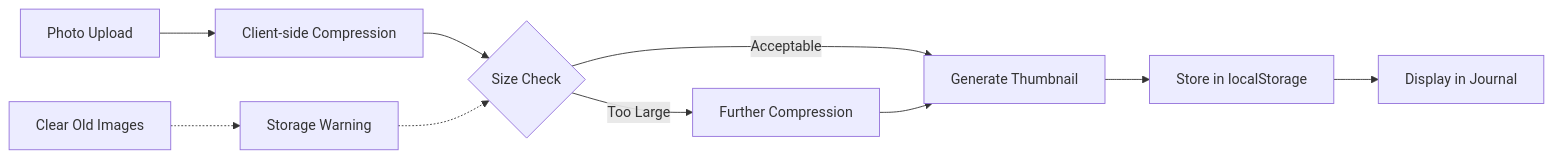
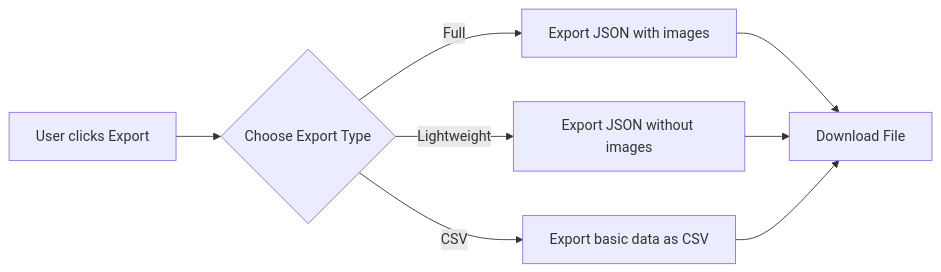
The second of 3 diagrams in garden_journal_plan.md (klauseduard/minirakendused), drawn with Mermaid before and after one commit. The commit also changed other lines of this file and 1 other file, not shown here.

Commit message:
Update garden journal plan with import/export details and improve navigation bar layout

````diff
--- a/garden_journal_plan.md
+++ b/garden_journal_plan.md
@@ -161,13 +95,10 @@
 ```mermaid
 flowchart LR
-    A[Photo Upload] --> B[Client-side Compression]
-    B --> C{Size Check}
-    C -->|Too Large| D[Further Compression]
-    C -->|Acceptable| E[Generate Thumbnail]
-    D --> E
-    E --> F[Store in localStorage]
-    F --> G[Display in Journal]
-    
-    H[Storage Warning] -.-> C
-    I[Clear Old Images] -.-> H
+    A[User clicks Export] --> B{Choose Export Type}
+    B -->|Full| C[Export JSON with images]
+    B -->|Lightweight| D[Export JSON without images]
+    B -->|CSV| E[Export basic data as CSV]
+    C --> F[Download File]
+    D --> F
+    E --> F
 ```
````
